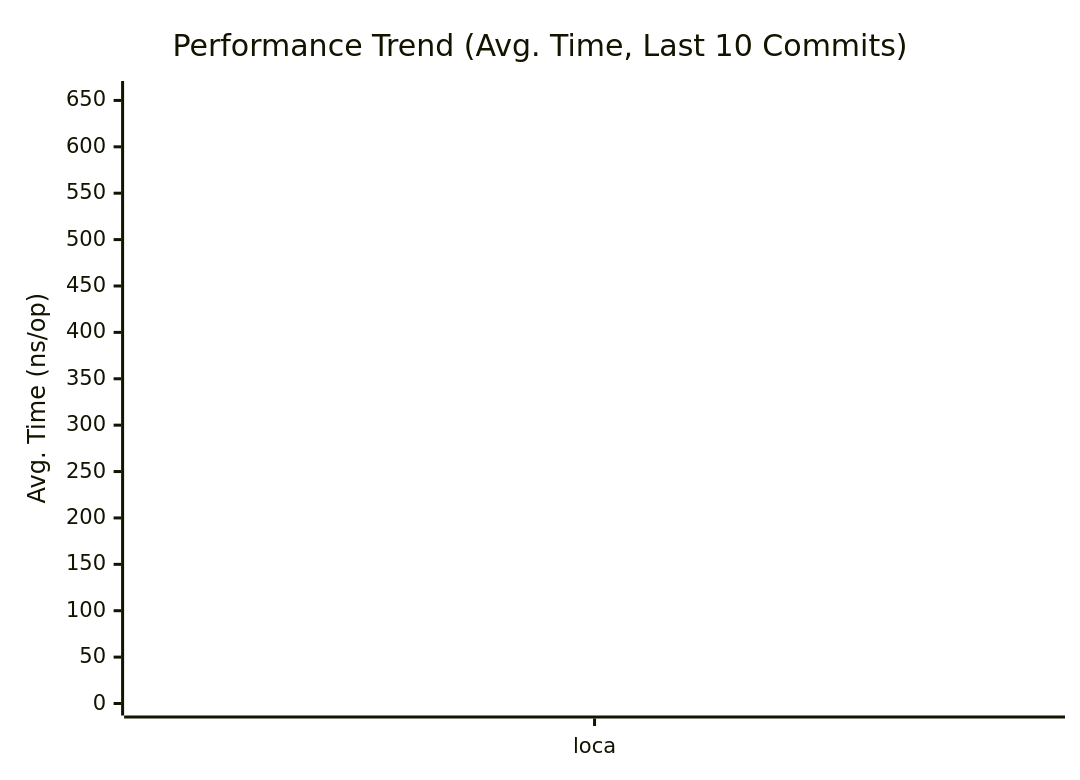
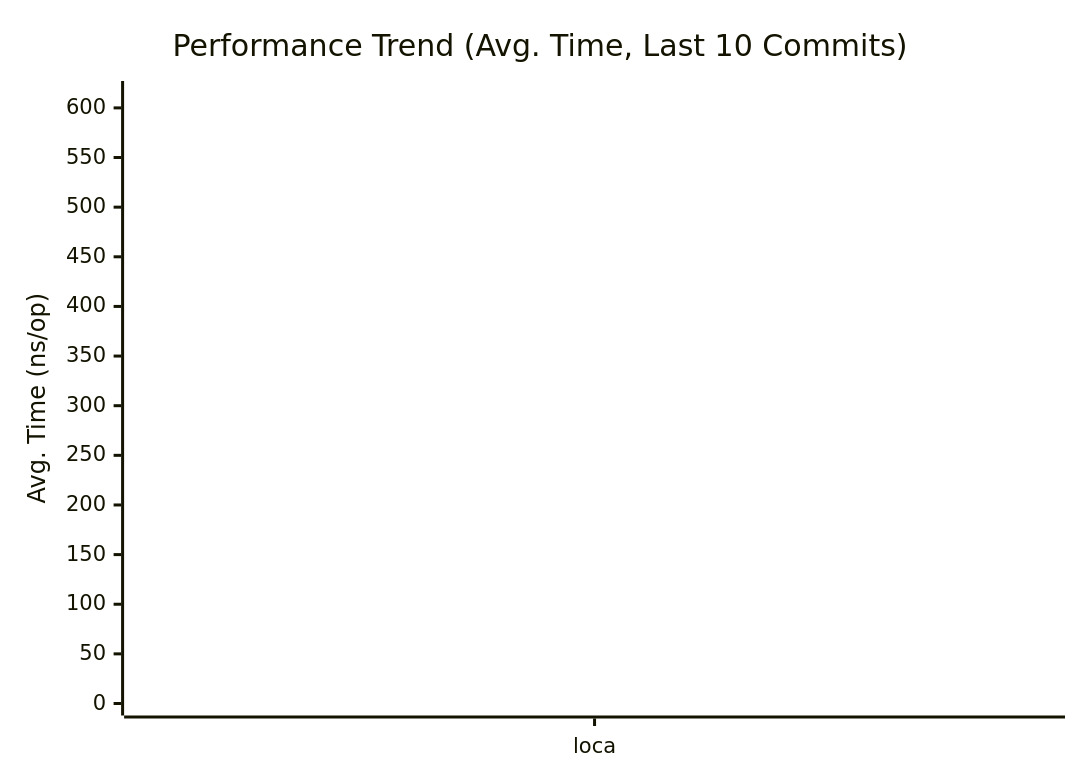
Before and after one commit to alsotoes/momo: the first of 3 diagrams in docs/PERFORMANCE.md, drawn with Mermaid. The commit also changed other lines of this file and 2 other files, not shown here.

````diff
--- a/docs/PERFORMANCE.md
+++ b/docs/PERFORMANCE.md
@@ -80,16 +80,16 @@
 ```mermaid
 xychart-beta
     title "Performance Trend (Avg. Time, Last 10 Commits)"
     x-axis "Commit"
     y-axis "Avg. Time (ns/op)"
     x-axis [loca]
-    line "CheckMetricsAndSwap" [6,6,7,7,19,6,6,6,7,14]
-    line "CrushOptimized" [284,286,323,345,528,260,279,265,295,618]
-    line "CrushOriginal" [376,390,365,708,1101,375,388,399,426,831]
-    line "IndexDirectTracking" [0,0,0,0,1,0,0,0,0,1]
-    line "IndexSearch" [1,3,1,3,4,3,2,3,3,4]
-    line "LoadGlobalConfig" [658,615,611,855,1324,681,613,619,815,1442]
-    line "PadString" [2,2,2,2,2,2,2,2,2,3]
+    line "CheckMetricsAndSwap" [6,7,7,19,6,6,6,7,14,7]
+    line "CrushOptimized" [286,323,345,528,260,279,265,295,618,264]
+    line "CrushOriginal" [390,365,708,1101,375,388,399,426,831,362]
+    line "IndexDirectTracking" [0,0,0,1,0,0,0,0,1,0]
+    line "IndexSearch" [3,1,3,4,3,2,3,3,4,3]
+    line "LoadGlobalConfig" [615,611,855,1324,681,613,619,815,1442,632]
+    line "PadString" [2,2,2,2,2,2,2,2,3,2]
     line "ParseReplicationOrder_NoPrealloc" [350,349,357,354,345,225,229,165,232,234]
     line "ParseReplicationOrder_Prealloc" [229,231,237,234,229,108,107,80,110,109]
 ```
````
